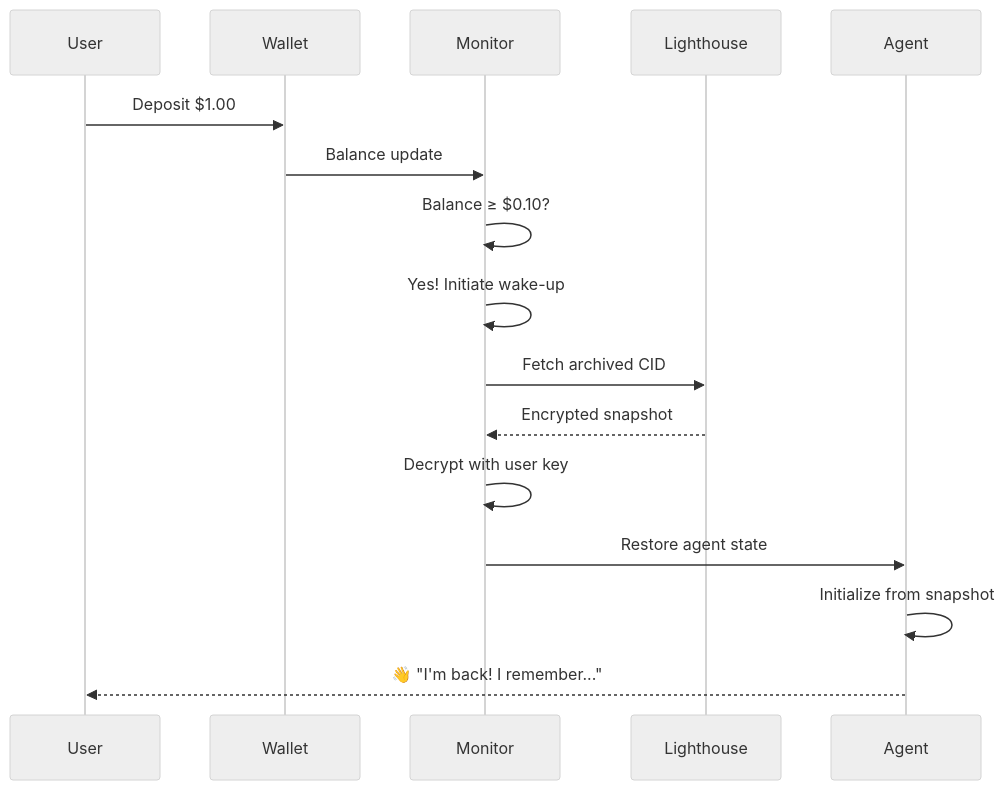
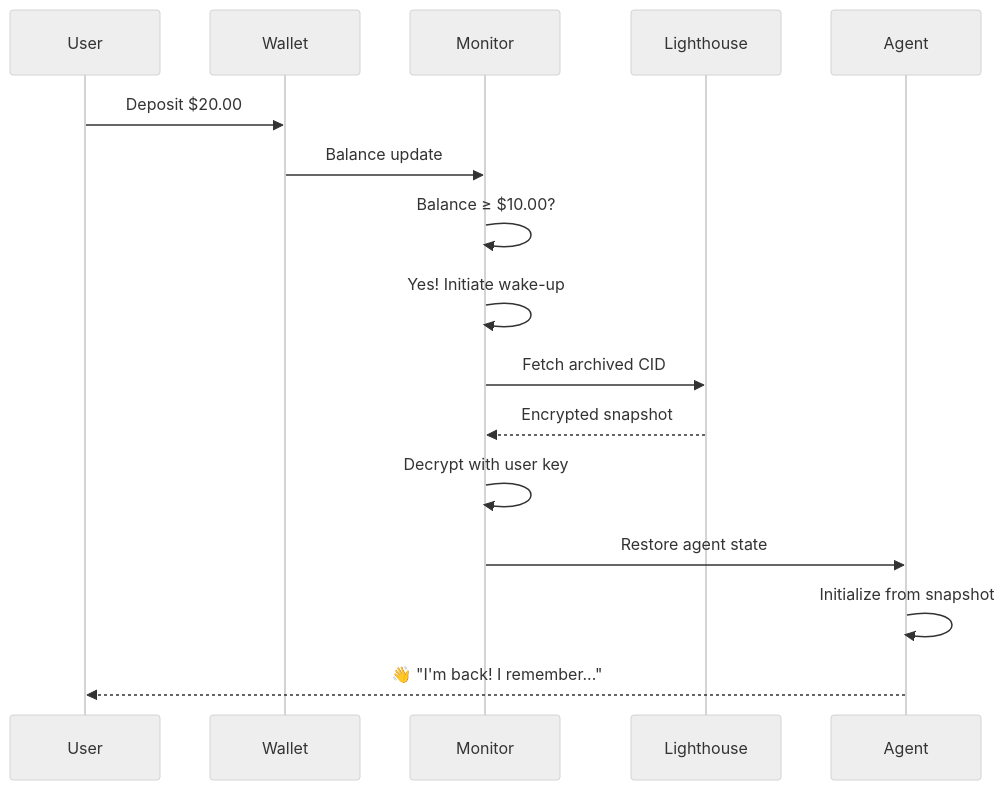
The eighth of 11 diagrams in docs/diagrams/data-architecture/DA-07-cryostasis.md (KestrelSovereignAI/kestrel-sovereign), drawn with Mermaid (neutral theme) before and after one commit. The commit also changed other lines of this file and 11 other files, not shown here.

````diff
--- a/docs/diagrams/data-architecture/DA-07-cryostasis.md
+++ b/docs/diagrams/data-architecture/DA-07-cryostasis.md
@@ -221,21 +226,21 @@
 ```mermaid
 sequenceDiagram
     participant U as User
     participant W as Wallet
     participant M as Monitor
     participant L as Lighthouse
     participant A as Agent
 
-    U->>W: Deposit $1.00
+    U->>W: Deposit $20.00
     W->>M: Balance update
-    M->>M: Balance ≥ $0.10?
+    M->>M: Balance ≥ $10.00?
     M->>M: Yes! Initiate wake-up
 
     M->>L: Fetch archived CID
     L-->>M: Encrypted snapshot
     M->>M: Decrypt with user key
     M->>A: Restore agent state
 
     A->>A: Initialize from snapshot
     A-->>U: 👋 "I'm back! I remember..."
 ```
````
